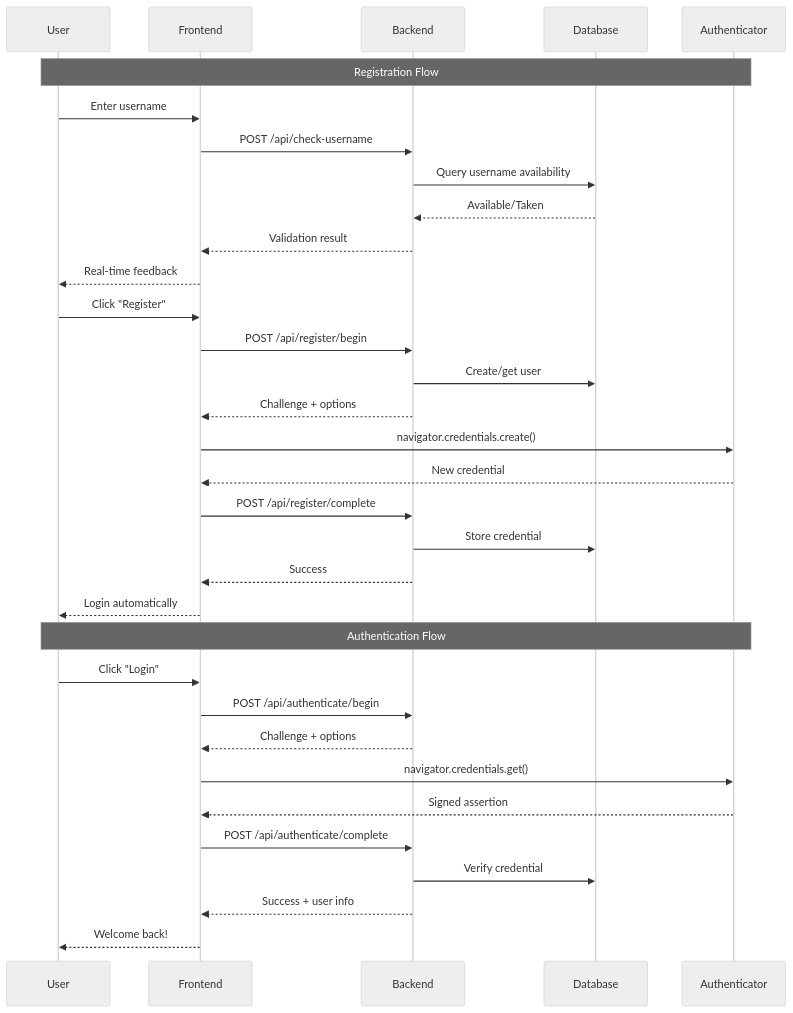
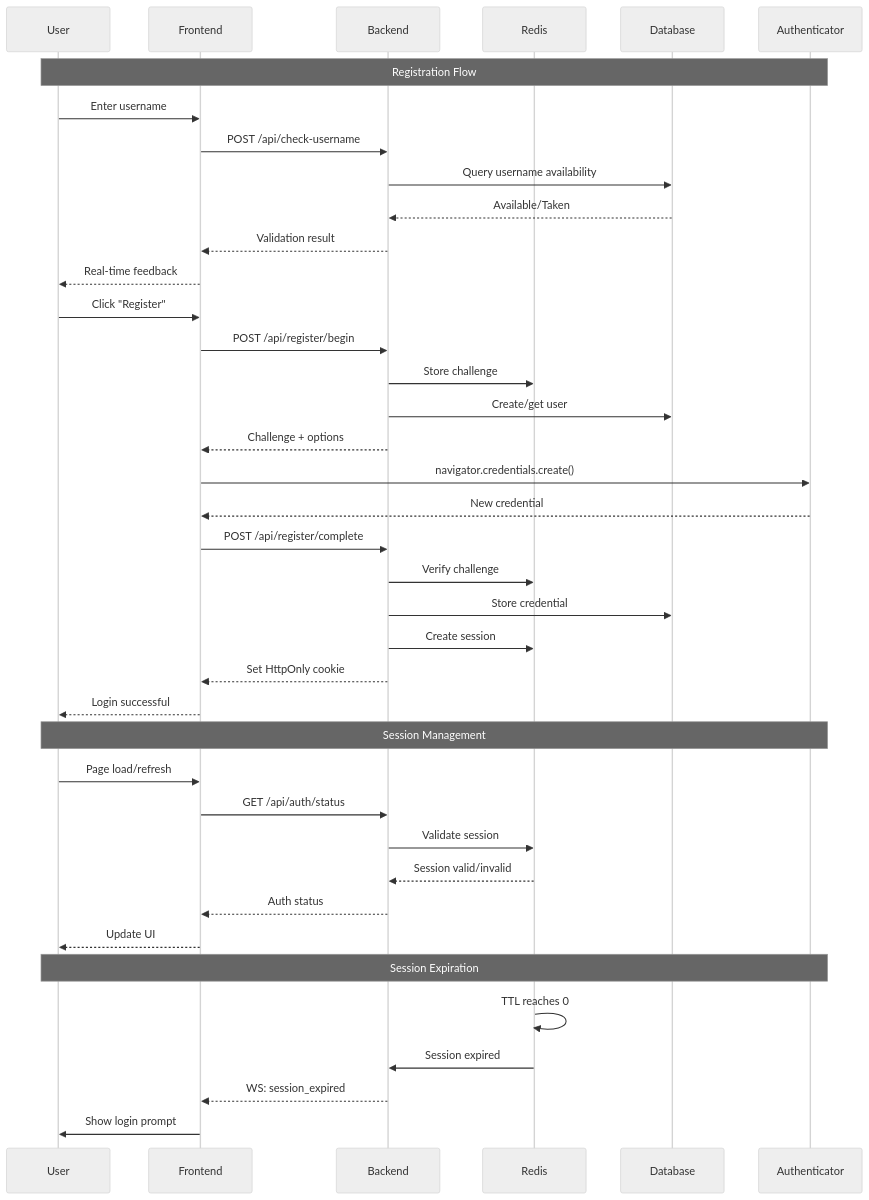
One commit to mabreyes/cssecdv-passkeys changed the third of 7 diagrams in README.md. Above: the diagram before and after it, drawn with Mermaid (neutral theme). The commit also changed other lines of this file, not shown here.

Commit message:
fix: Add threat diagram in readme

````diff
--- a/README.md
+++ b/README.md
@@ -260,38 +335,45 @@
 ```mermaid
 sequenceDiagram
     participant U as User
     participant F as Frontend
     participant B as Backend
+    participant R as Redis
     participant D as Database
     participant A as Authenticator
 
     Note over U,A: Registration Flow
     U->>F: Enter username
     F->>B: POST /api/check-username
     B->>D: Query username availability
     D-->>B: Available/Taken
     B-->>F: Validation result
     F-->>U: Real-time feedback
 
     U->>F: Click "Register"
     F->>B: POST /api/register/begin
+    B->>R: Store challenge
     B->>D: Create/get user
     B-->>F: Challenge + options
     F->>A: navigator.credentials.create()
     A-->>F: New credential
     F->>B: POST /api/register/complete
+    B->>R: Verify challenge
     B->>D: Store credential
-    B-->>F: Success
-    F-->>U: Login automatically
+    B->>R: Create session
+    B-->>F: Set HttpOnly cookie
+    F-->>U: Login successful
 
-    Note over U,A: Authentication Flow
-    U->>F: Click "Login"
-    F->>B: POST /api/authenticate/begin
-    B-->>F: Challenge + options
-    F->>A: navigator.credentials.get()
-    A-->>F: Signed assertion
-    F->>B: POST /api/authenticate/complete
-    B->>D: Verify credential
-    B-->>F: Success + user info
-    F-->>U: Welcome back!
+    Note over U,A: Session Management
+    U->>F: Page load/refresh
+    F->>B: GET /api/auth/status
+    B->>R: Validate session
+    R-->>B: Session valid/invalid
+    B-->>F: Auth status
+    F-->>U: Update UI
+
+    Note over U,A: Session Expiration
+    R->>R: TTL reaches 0
+    R->>B: Session expired
+    B-->>F: WS: session_expired
+    F->>U: Show login prompt
 ```
````
